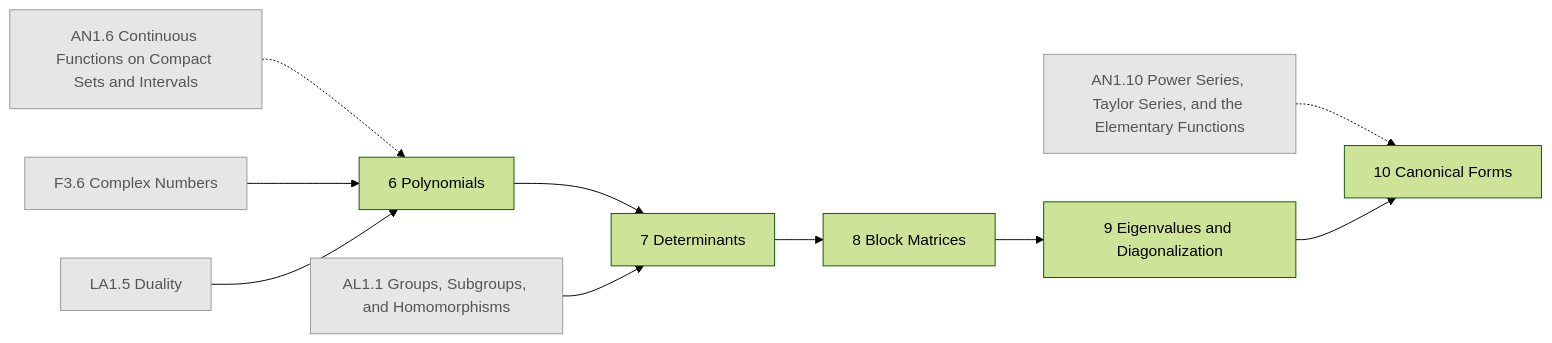
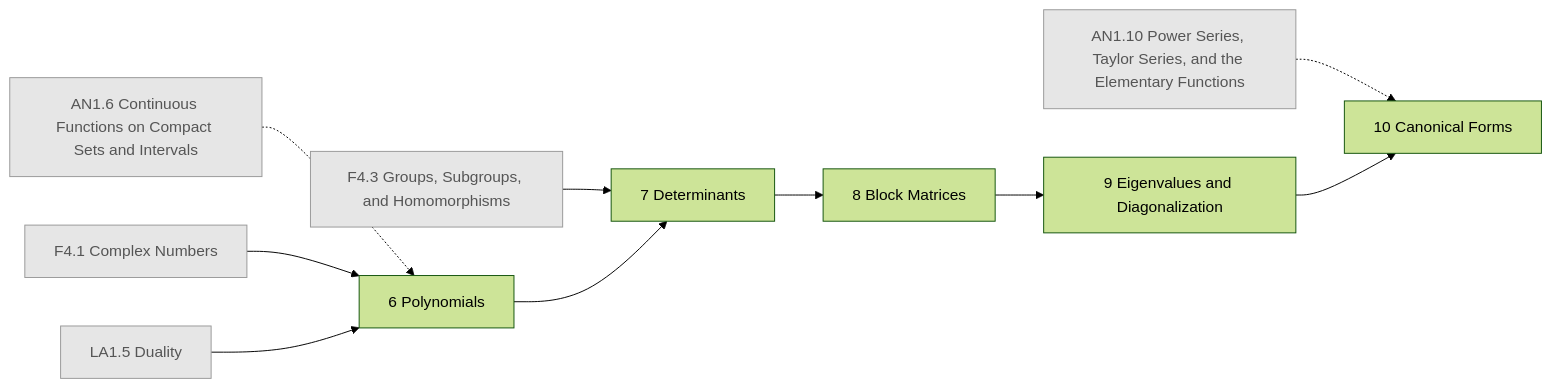
One commit to AkizumiFox/math-atlas changed the diagram in generated/chapters/LA2.mmd. Above: the diagram before and after it, drawn with Mermaid (forest theme). The commit also changed 24 other files, not shown here.

First line of the commit message:
Series and volumes: one volume per book; Foundations ends with R built from Cauchy sequences

```diff
--- a/generated/chapters/LA2.mmd
+++ b/generated/chapters/LA2.mmd
@@ -1,23 +1,23 @@
 flowchart LR
   AN1_6["AN1.6 Continuous Functions on Compact Sets and Intervals"]:::ext
   AN1_10["AN1.10 Power Series, Taylor Series, and the Elementary Functions"]:::ext
-  F3_6["F3.6 Complex Numbers"]:::ext
+  F4_1["F4.1 Complex Numbers"]:::ext
+  F4_3["F4.3 Groups, Subgroups, and Homomorphisms"]:::ext
   LA1_5["LA1.5 Duality"]:::ext
-  AL1_1["AL1.1 Groups, Subgroups, and Homomorphisms"]:::ext
   LA2_6["6 Polynomials"]
   LA2_7["7 Determinants"]
   LA2_8["8 Block Matrices"]
   LA2_9["9 Eigenvalues and Diagonalization"]
   LA2_10["10 Canonical Forms"]
   AN1_6 -.-> LA2_6
-  F3_6 --> LA2_6
+  F4_1 --> LA2_6
   LA1_5 --> LA2_6
+  F4_3 --> LA2_7
   LA2_6 --> LA2_7
-  AL1_1 --> LA2_7
   LA2_7 --> LA2_8
   LA2_8 --> LA2_9
   AN1_10 -.-> LA2_10
   LA2_9 --> LA2_10
   classDef ext fill:#e6e6e6,stroke:#999,color:#555
   classDef opt fill:#fff,stroke:#999,stroke-dasharray:4 3,color:#555
   classDef segb fill:#f6f6fb,stroke:#99a,color:#333
```
